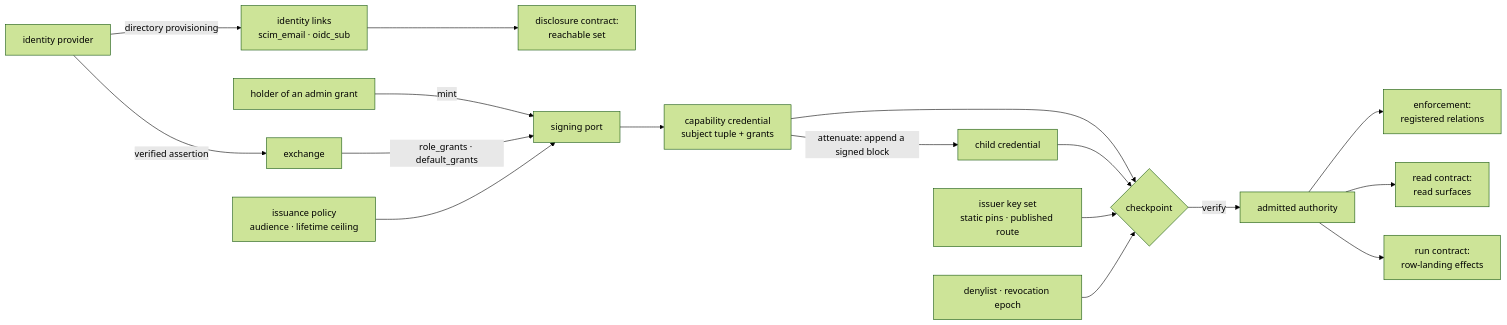
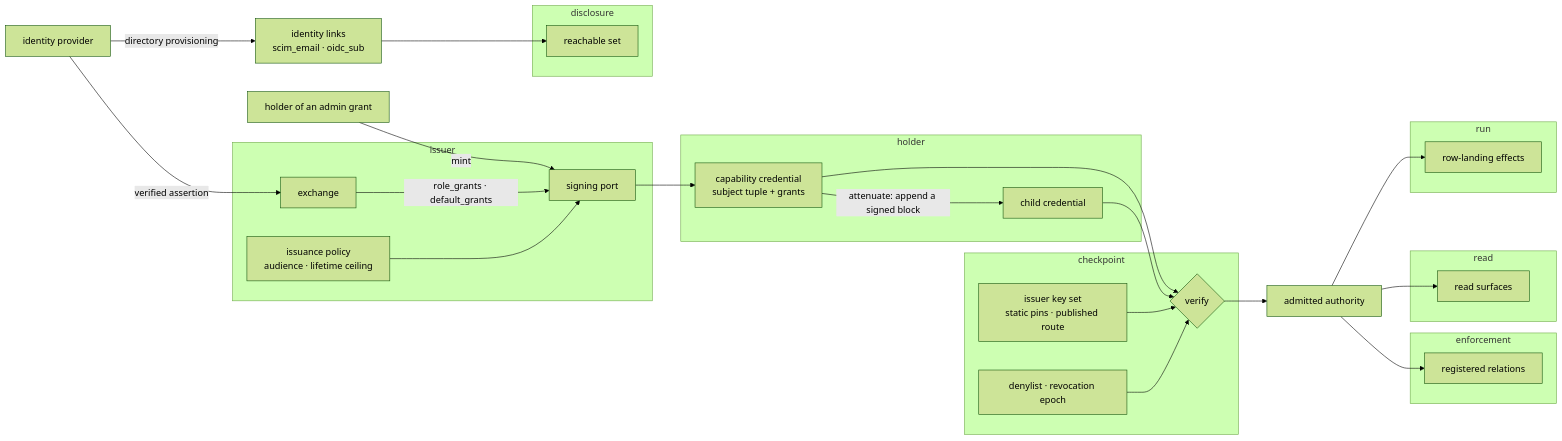
The first of 5 diagrams in spec/50-authority.md (fractalboxdev/contextful), drawn with Mermaid (forest theme) before and after one commit. The commit also changed other lines of this file and 33 other files, not shown here.

Commit message:
spec: diagrams draw contracts, parties and trust zones as containers; a node standing for one is refused

````diff
--- a/spec/50-authority.md
+++ b/spec/50-authority.md
@@ -23,19 +23,49 @@
 ```mermaid
 flowchart LR
-  IDP["identity provider"] -- "verified assertion" --> EXCH["exchange"]
-  IDP -- "directory provisioning" --> LINK["identity links<br/>scim_email · oidc_sub"]
-  LINK --> DISC["disclosure contract:<br/>reachable set"]
-  ADMIN["holder of an admin grant"] -- "mint" --> PORT["signing port"]
+  IDP["identity provider"]
+  ADMIN["holder of an admin grant"]
+  LINK["identity links<br/>scim_email · oidc_sub"]
+  subgraph ISS["issuer"]
+    EXCH["exchange"]
+    POL["issuance policy<br/>audience · lifetime ceiling"]
+    PORT["signing port"]
+  end
+  subgraph HOLD["holder"]
+    CRED["capability credential<br/>subject tuple + grants"]
+    CHILD["child credential"]
+  end
+  subgraph CPZ["checkpoint"]
+    KEYS["issuer key set<br/>static pins · published route"]
+    REV["denylist · revocation epoch"]
+    CP{"verify"}
+  end
+  AA["admitted authority"]
+  subgraph ENF["enforcement"]
+    RELS["registered relations"]
+  end
+  subgraph READ["read"]
+    RS["read surfaces"]
+  end
+  subgraph RUN["run"]
+    RLE["row-landing effects"]
+  end
+  subgraph DISC["disclosure"]
+    REACH["reachable set"]
+  end
+  IDP -- "verified assertion" --> EXCH
+  IDP -- "directory provisioning" --> LINK
+  LINK --> REACH
+  ADMIN -- "mint" --> PORT
   EXCH -- "role_grants · default_grants" --> PORT
-  POL["issuance policy<br/>audience · lifetime ceiling"] --> PORT
-  PORT --> CRED["capability credential<br/>subject tuple + grants"]
-  CRED -- "attenuate: append a signed block" --> CHILD["child credential"]
-  CRED --> CP{"checkpoint"}
+  POL --> PORT
+  PORT --> CRED
+  CRED -- "attenuate: append a signed block" --> CHILD
+  CRED --> CP
   CHILD --> CP
-  KEYS["issuer key set<br/>static pins · published route"] --> CP
-  REV["denylist · revocation epoch"] --> CP
-  CP -- "verify" --> AA["admitted authority"]
-  AA --> ENF["enforcement:<br/>registered relations"]
-  AA --> READ["read contract:<br/>read surfaces"]
-  AA --> RUN["run contract:<br/>row-landing effects"]
+  KEYS --> CP
+  REV --> CP
+  CP --> AA
+  AA --> RELS
+  AA --> RS
+  AA --> RLE
 ```
````
